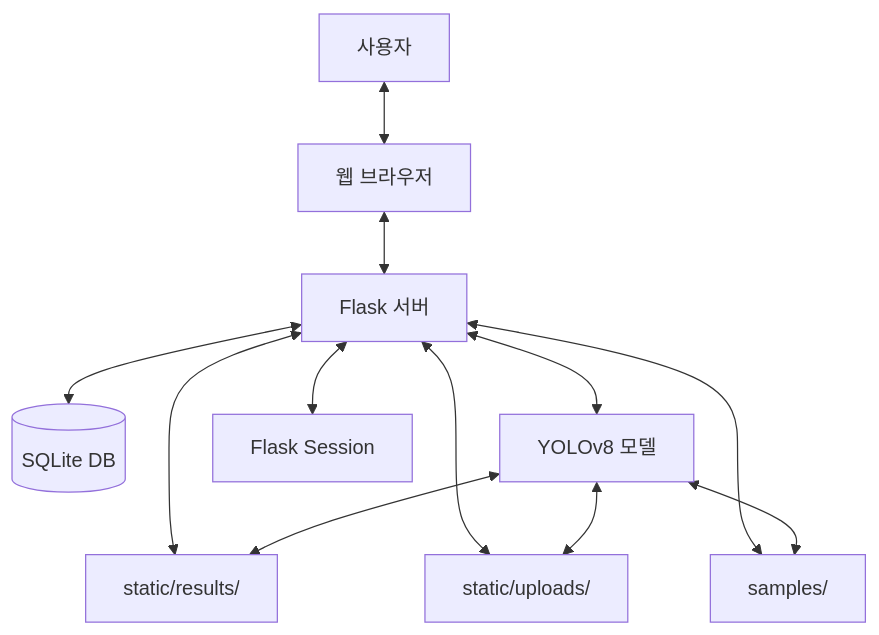
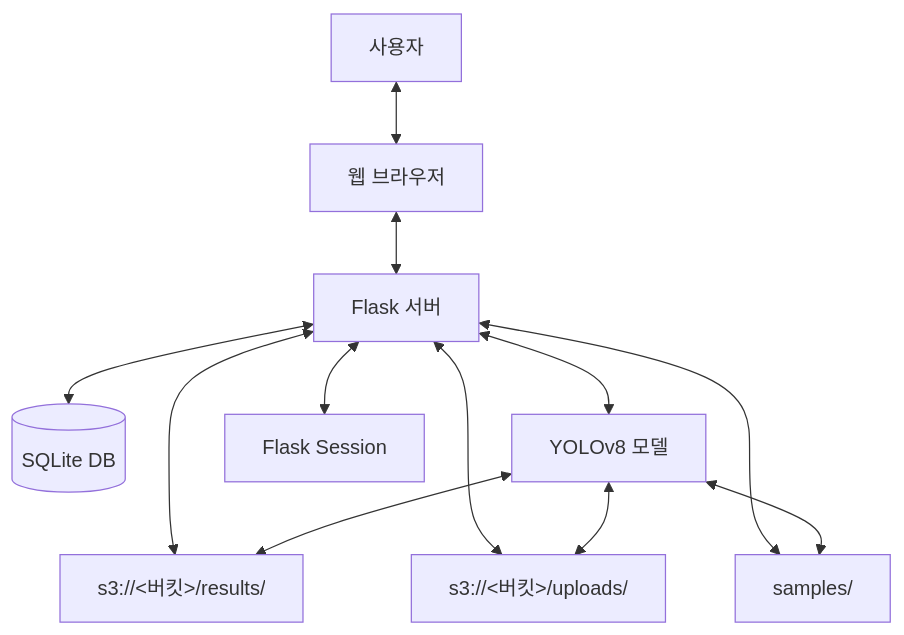
The first of 4 diagrams in docs/data-flow.md (edumgt/AI-Flask-Yolo8), drawn with Mermaid before and after one commit. The commit also changed other lines of this file and 8 other files, not shown here.

````diff
--- a/docs/data-flow.md
+++ b/docs/data-flow.md
@@ -5,24 +5,24 @@
 ```mermaid
 flowchart TD
     User["사용자"]
     Web["웹 브라우저"]
     Flask["Flask 서버"]
     DB[("SQLite DB")]
-    Uploads["static/uploads/"]
-    Results["static/results/"]
+    Uploads["s3://<버킷>/uploads/"]
+    Results["s3://<버킷>/results/"]
     Samples["samples/"]
     YOLO["YOLOv8 모델"]
     Session["Flask Session"]
 
     User <--> Web
     Web <--> Flask
     Flask <--> DB
     Flask <--> Session
     Flask <--> YOLO
     Flask <--> Uploads
     Flask <--> Results
     Flask <--> Samples
     YOLO <--> Results
     YOLO <--> Uploads
     YOLO <--> Samples
 ```
````
